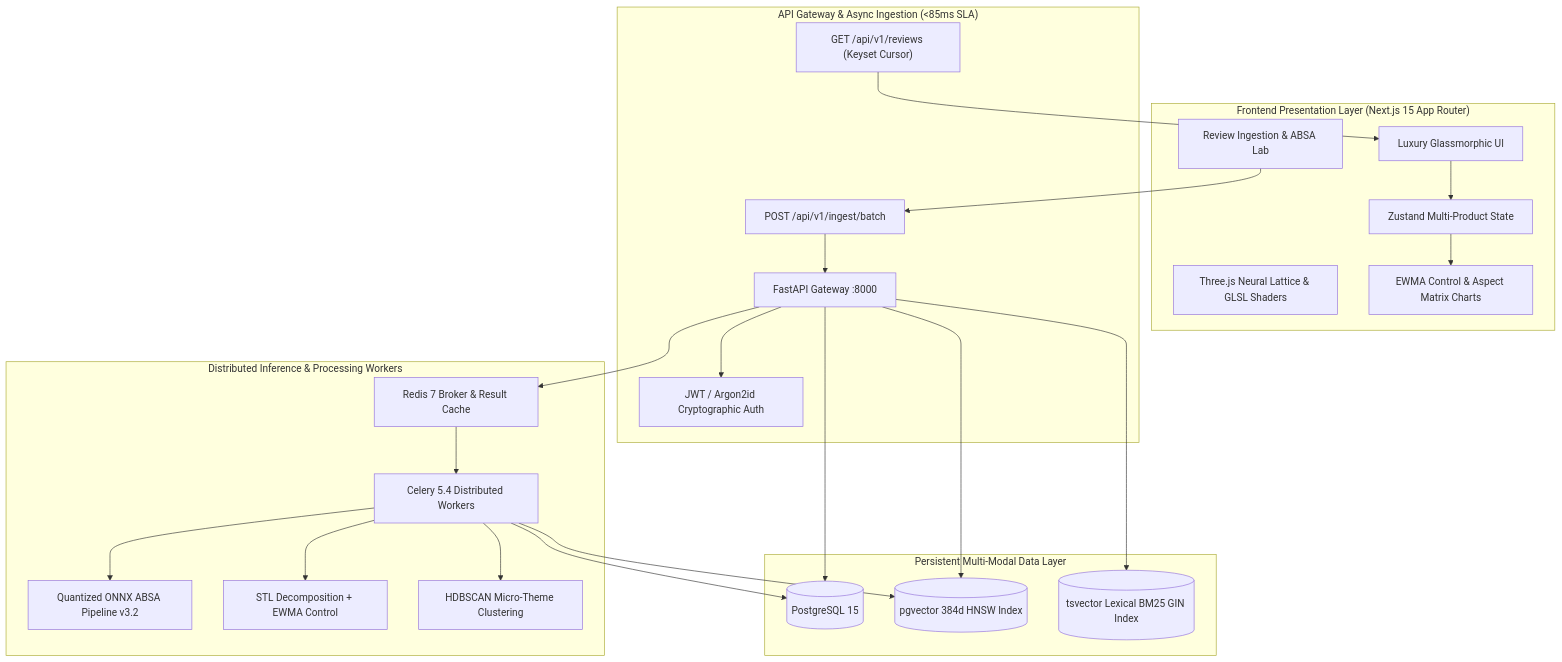
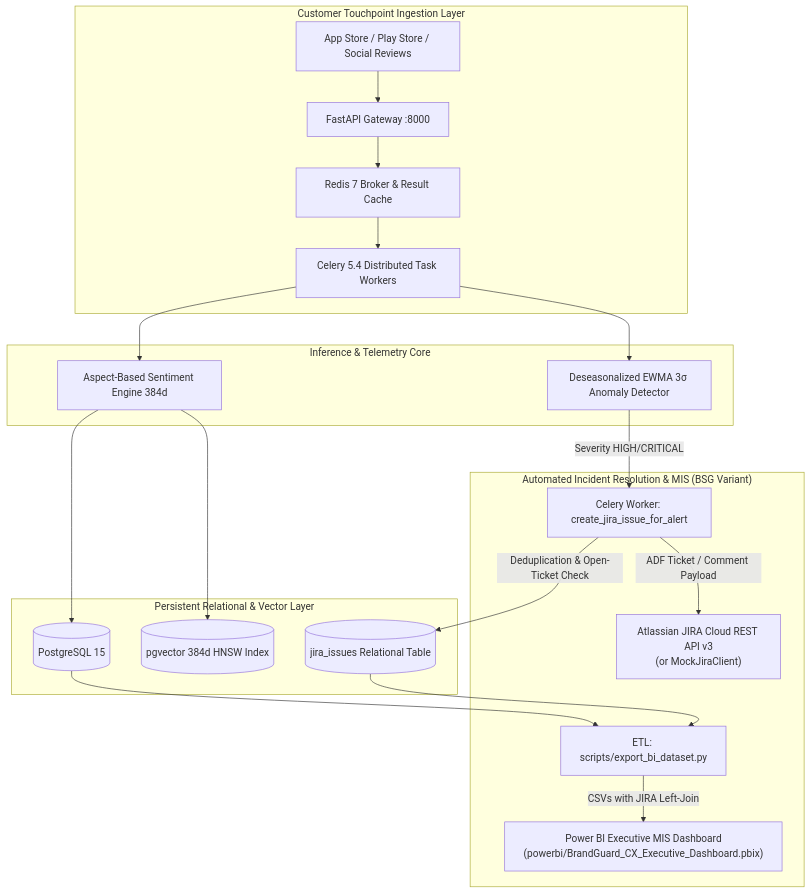
Before and after one commit to snOOzerr025/BrandGuard: the diagram in README.md, drawn with Mermaid. The commit also changed other lines of this file, not shown here.

Commit message:
docs(readme): add JIRA incident automation and Power BI MIS sections for variant branch

````diff
--- a/README.md
+++ b/README.md
@@ -46,48 +47,41 @@
 ```mermaid
 graph TD
-    subgraph Client ["Frontend Presentation Layer (Next.js 15 App Router)"]
-        UI[Luxury Glassmorphic UI]
-        WebGL[Three.js Neural Lattice & GLSL Shaders]
-        Lab[Review Ingestion & ABSA Lab]
-        Store[Zustand Multi-Product State]
-        Charts[EWMA Control & Aspect Matrix Charts]
+    subgraph Ingestion ["Customer Touchpoint Ingestion Layer"]
+        Reviews[App Store / Play Store / Social Reviews]
+        FastAPI[FastAPI Gateway :8000]
+        Redis[Redis 7 Broker & Result Cache]
+        Celery[Celery 5.4 Distributed Task Workers]
     end
 
-    subgraph Gateway ["API Gateway & Async Ingestion (<85ms SLA)"]
-        FastAPI[FastAPI Gateway :8000]
-        Auth[JWT / Argon2id Cryptographic Auth]
-        BatchRoute["POST /api/v1/ingest/batch"]
-        StreamRoute["GET /api/v1/reviews (Keyset Cursor)"]
+    subgraph Intelligence ["Inference & Telemetry Core"]
+        ABSA[Aspect-Based Sentiment Engine 384d]
+        EWMA[Deseasonalized EWMA 3σ Anomaly Detector]
     end
 
-    subgraph Processing ["Distributed Inference & Processing Workers"]
-        Redis[Redis 7 Broker & Result Cache]
-        Celery[Celery 5.4 Distributed Workers]
-        ONNX[Quantized ONNX ABSA Pipeline v3.2]
-        STL[STL Decomposition + EWMA Control]
-        HDBSCAN[HDBSCAN Micro-Theme Clustering]
+    subgraph Storage ["Persistent Relational & Vector Layer"]
+        PG[(PostgreSQL 15)]
+        PGV[(pgvector 384d HNSW Index)]
+        JiraTable[(jira_issues Relational Table)]
     end
 
-    subgraph Storage ["Persistent Multi-Modal Data Layer"]
-        PG[(PostgreSQL 15)]
-        PGV[(pgvector 384d HNSW Index)]
-        TSV[(tsvector Lexical BM25 GIN Index)]
+    subgraph Action ["Automated Incident Resolution & MIS (BSG Variant)"]
+        JiraWorker["Celery Worker: create_jira_issue_for_alert"]
+        JiraCloud["Atlassian JIRA Cloud REST API v3\n(or MockJiraClient)"]
+        ExportScript["ETL: scripts/export_bi_dataset.py"]
+        PowerBI["Power BI Executive MIS Dashboard\n(powerbi/BrandGuard_CX_Executive_Dashboard.pbix)"]
     end
 
-    UI --> Store
-    Store --> Charts
-    Lab --> BatchRoute
-    BatchRoute --> FastAPI
-    FastAPI --> Auth
+    Reviews --> FastAPI
     FastAPI --> Redis
     Redis --> Celery
-    Celery --> ONNX
-    Celery --> STL
-    Celery --> HDBSCAN
-    Celery --> PG
-    Celery --> PGV
-    FastAPI --> PG
-    FastAPI --> PGV
-    FastAPI --> TSV
-    StreamRoute --> UI
+    Celery --> ABSA
+    ABSA --> PG
+    ABSA --> PGV
+    Celery --> EWMA
+    EWMA -->|Severity HIGH/CRITICAL| JiraWorker
+    JiraWorker -->|Deduplication & Open-Ticket Check| JiraTable
+    JiraWorker -->|ADF Ticket / Comment Payload| JiraCloud
+    PG --> ExportScript
+    JiraTable --> ExportScript
+    ExportScript -->|CSVs with JIRA Left-Join| PowerBI
 ```
````
